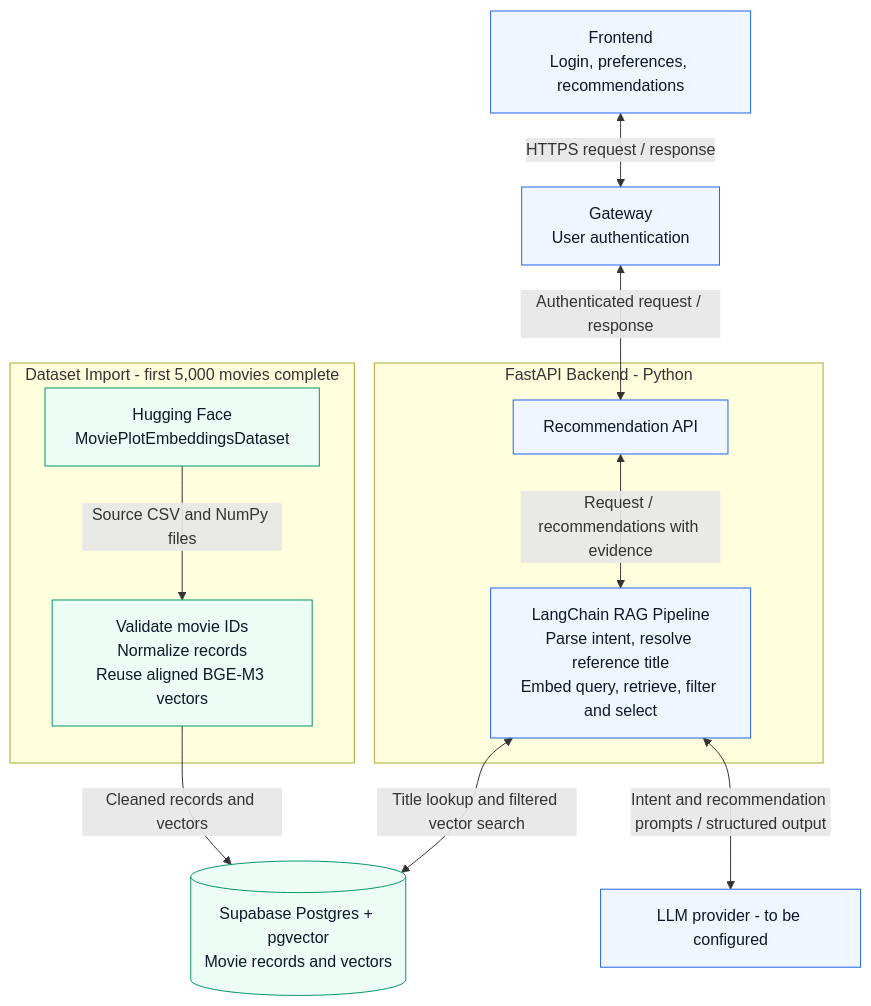
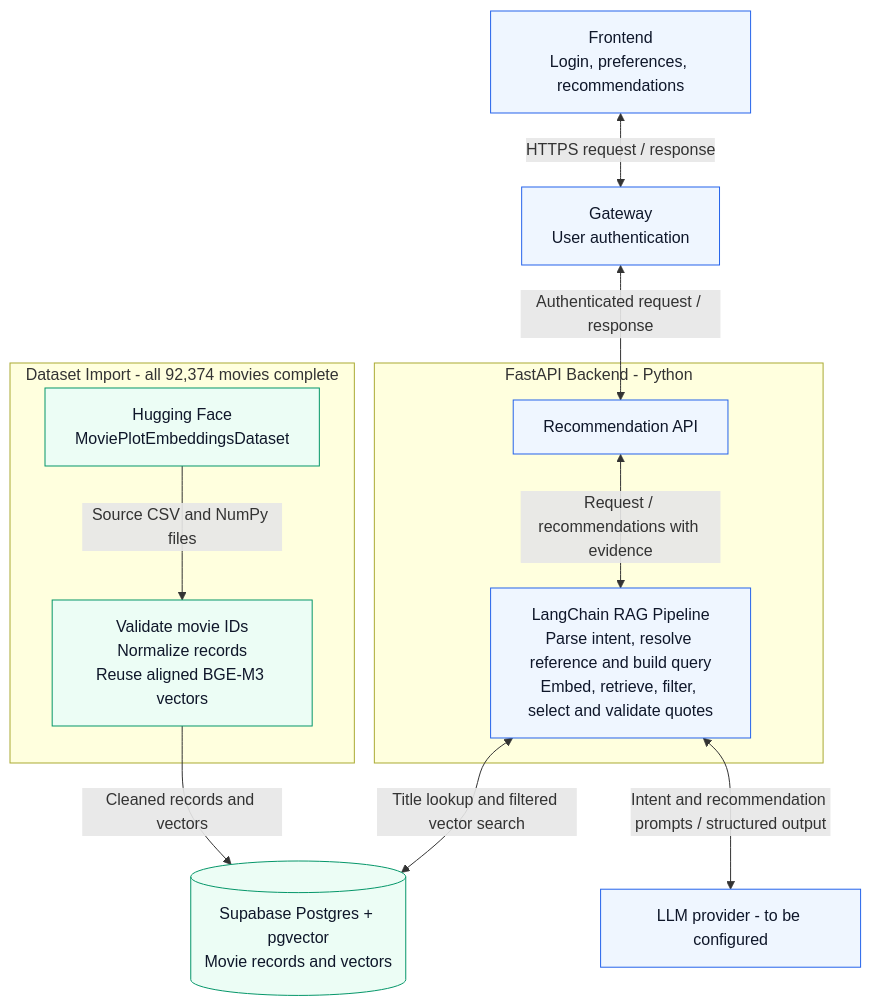
The diagram in figures/system-architecture.md (Ed1sonL1-byte/v-me-50), drawn with Mermaid before and after one commit. The commit also changed other lines of this file and 40 other files, not shown here.

````diff
--- a/figures/system-architecture.md
+++ b/figures/system-architecture.md
@@ -5,26 +5,26 @@
 ```mermaid
 flowchart TB
     frontend["Frontend<br/>Login, preferences, recommendations"]
     gateway["Gateway<br/>User authentication"]
     subgraph backend["FastAPI Backend - Python"]
         api["Recommendation API"]
-        chain["LangChain RAG Pipeline<br/>Parse intent, resolve reference title<br/>Embed query, retrieve, filter and select"]
+        chain["LangChain RAG Pipeline<br/>Parse intent, resolve reference and build query<br/>Embed, retrieve, filter, select and validate quotes"]
         api <-->|Request / recommendations with evidence| chain
     end
     frontend <-->|HTTPS request / response| gateway
     gateway <-->|Authenticated request / response| api
     chain <-->|Title lookup and filtered vector search| postgres[("Supabase Postgres + pgvector<br/>Movie records and vectors")]
     chain <-->|Intent and recommendation prompts / structured output| llm["LLM provider - to be configured"]
 
-    subgraph ingestion["Dataset Import - first 5,000 movies complete"]
+    subgraph ingestion["Dataset Import - all 92,374 movies complete"]
         dataset["Hugging Face<br/>MoviePlotEmbeddingsDataset"]
         clean["Validate movie IDs<br/>Normalize records<br/>Reuse aligned BGE-M3 vectors"]
         dataset -->|Source CSV and NumPy files| clean
     end
     clean -->|Cleaned records and vectors| postgres
 
     classDef service fill:#eff6ff,stroke:#2563eb,color:#0f172a
     classDef data fill:#ecfdf5,stroke:#059669,color:#0f172a
     class frontend,gateway,api,chain,llm service
     class postgres,dataset,clean data
 ```
````
